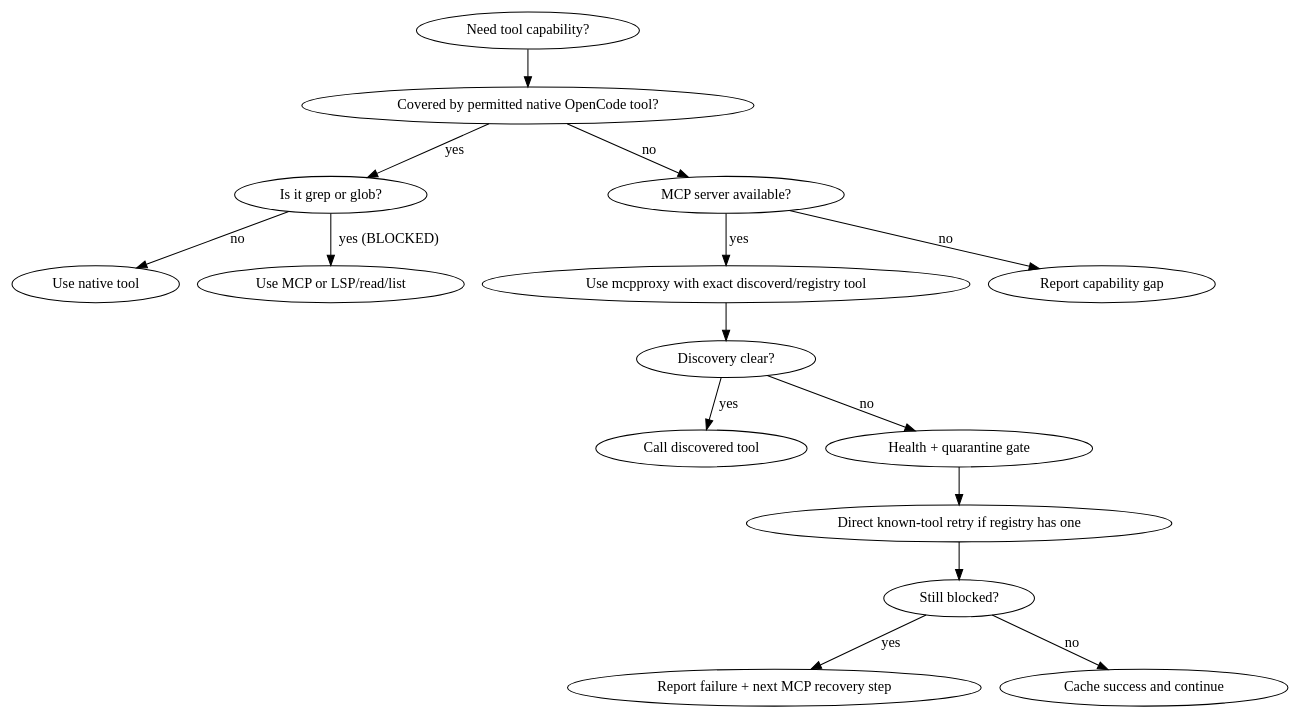
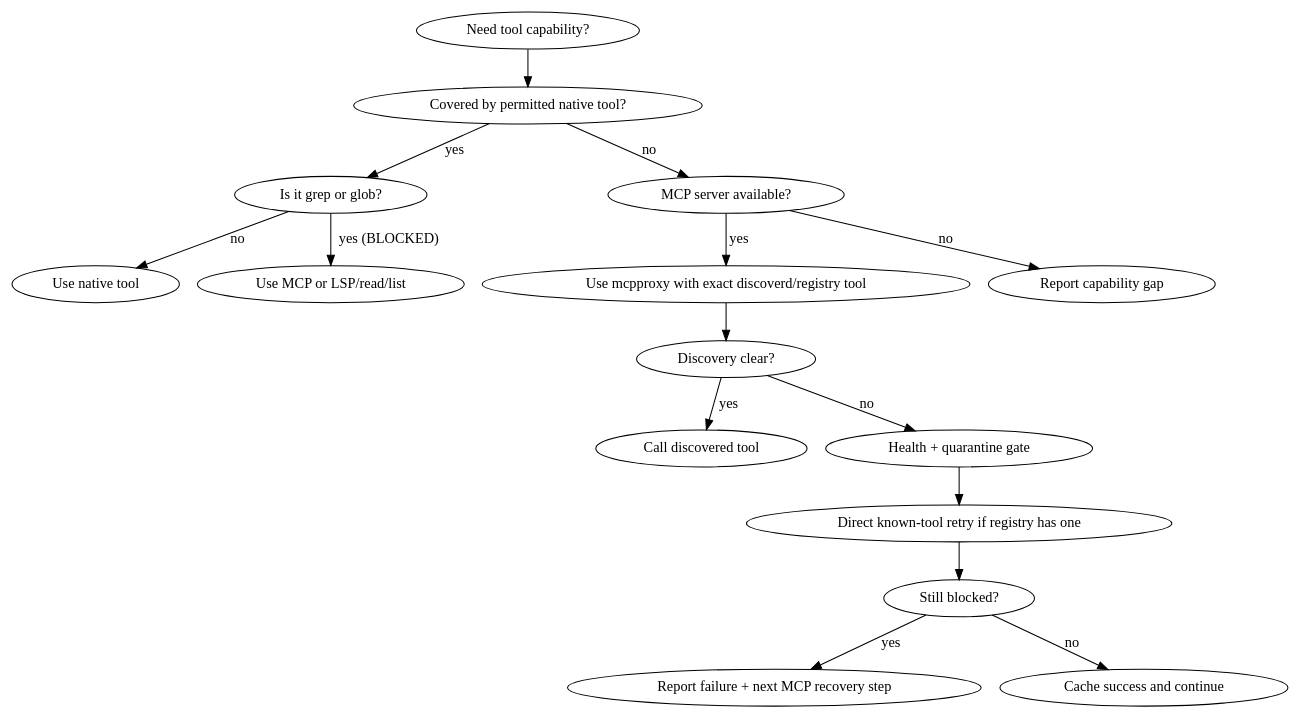
One commit to JasonLandbridge/skills changed the diagram in only-use-mcp-tools/SKILL.md. Above: the diagram before and after it, drawn with Graphviz. The commit also changed other lines of this file and 1 other file, not shown here.

Commit message:
add mcp look up skill

````diff
--- a/only-use-mcp-tools/SKILL.md
+++ b/only-use-mcp-tools/SKILL.md
@@ -156,18 +156,18 @@
 ```dot
 digraph native_first_flow {
-  "Need tool capability?" -> "Covered by permitted native OpenCode tool?";
-  "Covered by permitted native OpenCode tool?" -> "Is it grep or glob?" [label="yes"];
+  "Need tool capability?" -> "Covered by permitted native tool?";
+  "Covered by permitted native tool?" -> "Is it grep or glob?" [label="yes"];
   "Is it grep or glob?" -> "Use native tool" [label="no"];
   "Is it grep or glob?" -> "Use MCP or LSP/read/list" [label="yes (BLOCKED)"];
-  "Covered by permitted native OpenCode tool?" -> "MCP server available?" [label="no"];
+  "Covered by permitted native tool?" -> "MCP server available?" [label="no"];
   "MCP server available?" -> "Use mcpproxy with exact discoverd/registry tool" [label="yes"];
   "MCP server available?" -> "Report capability gap" [label="no"];
   "Use mcpproxy with exact discoverd/registry tool" -> "Discovery clear?";
   "Discovery clear?" -> "Call discovered tool" [label="yes"];
   "Discovery clear?" -> "Health + quarantine gate" [label="no"];
   "Health + quarantine gate" -> "Direct known-tool retry if registry has one";
   "Direct known-tool retry if registry has one" -> "Still blocked?";
   "Still blocked?" -> "Report failure + next MCP recovery step" [label="yes"];
   "Still blocked?" -> "Cache success and continue" [label="no"];
 }
 ```
````
